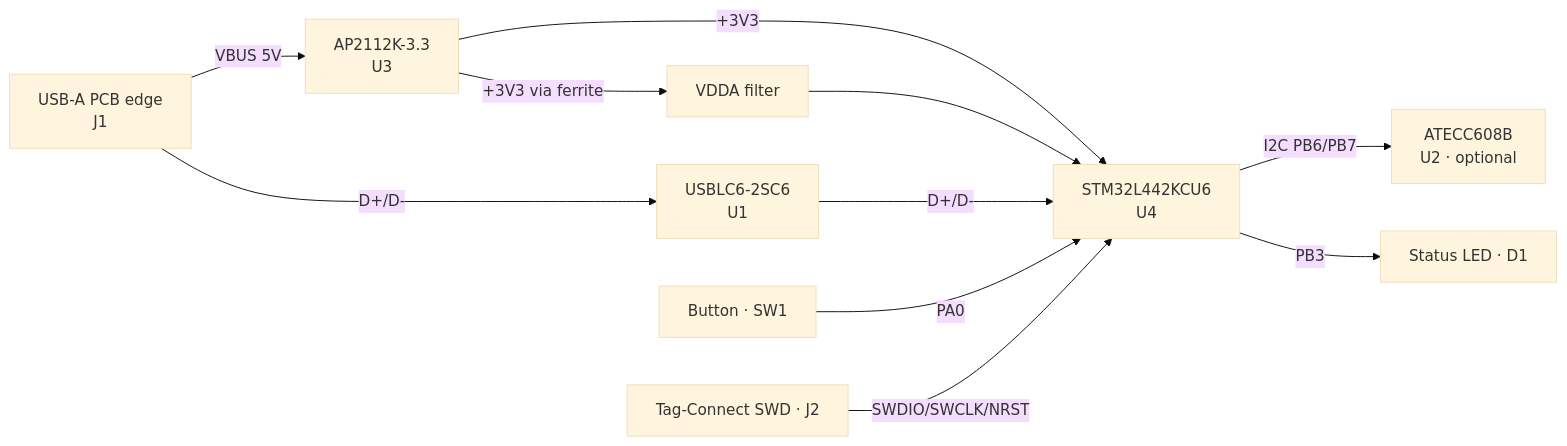
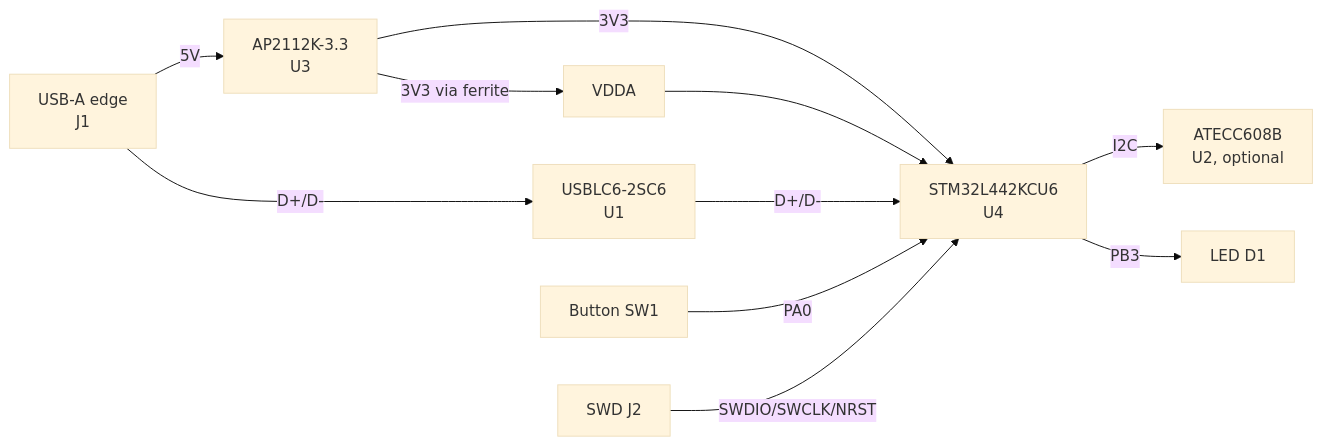
Before and after one commit to planmarks/2FAK: the diagram in README.md, drawn with Mermaid (base theme). The commit also changed other lines of this file, not shown here.

````diff
--- a/README.md
+++ b/README.md
@@ -47,12 +37,12 @@
 ```mermaid
 flowchart LR
-    USB[USB-A PCB edge<br/>J1] -->|VBUS 5V| LDO[AP2112K-3.3<br/>U3]
+    USB[USB-A edge<br/>J1] -->|5V| LDO[AP2112K-3.3<br/>U3]
     USB -->|D+/D-| ESD[USBLC6-2SC6<br/>U1]
-    LDO -->|+3V3| MCU[STM32L442KCU6<br/>U4]
-    LDO -->|+3V3 via ferrite| VDDA[VDDA filter] --> MCU
+    LDO -->|3V3| MCU[STM32L442KCU6<br/>U4]
+    LDO -->|3V3 via ferrite| VDDA[VDDA] --> MCU
     ESD -->|D+/D-| MCU
-    MCU -->|I2C PB6/PB7| SE[ATECC608B<br/>U2 · optional]
-    MCU -->|PB3| LED[Status LED · D1]
-    BTN[Button · SW1] -->|PA0| MCU
-    SWD[Tag-Connect SWD · J2] -->|SWDIO/SWCLK/NRST| MCU
+    MCU -->|I2C| SE[ATECC608B<br/>U2, optional]
+    MCU -->|PB3| LED[LED D1]
+    BTN[Button SW1] -->|PA0| MCU
+    SWD[SWD J2] -->|SWDIO/SWCLK/NRST| MCU
 ```
````
